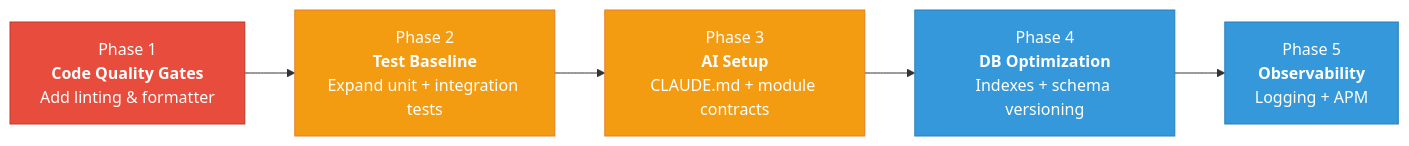
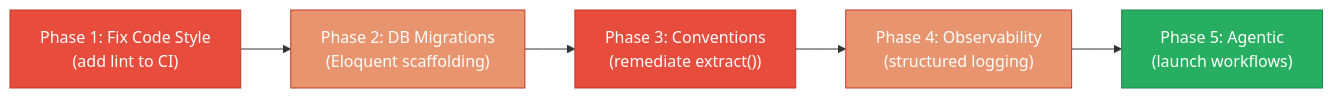
The third of 3 diagrams in docs/discovery/08-technical-debt.md (shende-shweta/FSDKC), drawn with Mermaid before and after one commit. The commit also changed other lines of this file and 3 other files, not shown here.

````diff
--- a/docs/discovery/08-technical-debt.md
+++ b/docs/discovery/08-technical-debt.md
@@ -237,13 +219,13 @@
 ```mermaid
 flowchart LR
-  P1["Phase 1<br/><strong>Code Quality Gates</strong><br/>Add linting & formatter"] --> P2["Phase 2<br/><strong>Test Baseline</strong><br/>Expand unit + integration tests"]
-  P2 --> P3["Phase 3<br/><strong>AI Setup</strong><br/>CLAUDE.md + module contracts"]
-  P3 --> P4["Phase 4<br/><strong>DB Optimization</strong><br/>Indexes + schema versioning"]
-  P4 --> P5["Phase 5<br/><strong>Observability</strong><br/>Logging + APM"]
+  P1["Phase 1: Fix Code Style<br/>(add lint to CI)"] --> P2["Phase 2: DB Migrations<br/>(Eloquent scaffolding)"] --> P3["Phase 3: Conventions<br/>(remediate extract())"]
+  P3 --> P4["Phase 4: Observability<br/>(structured logging)"]
+  P4 --> P5["Phase 5: Agentic<br/>(launch workflows)"]
   classDef critical fill:#e74c3c,stroke:#c0392b,color:#fff
-  classDef high fill:#f39c12,stroke:#e67e22,color:#fff
+  classDef high fill:#e8956f,stroke:#c0392b,color:#fff
   classDef medium fill:#3498db,stroke:#2980b9,color:#fff
-  class P1 critical
-  class P2,P3 high
-  class P4,P5 medium
+  classDef ready fill:#27ae60,stroke:#1e8449,color:#fff
+  class P1,P3 critical
+  class P2,P4 high
+  class P5 ready
 ```
````
